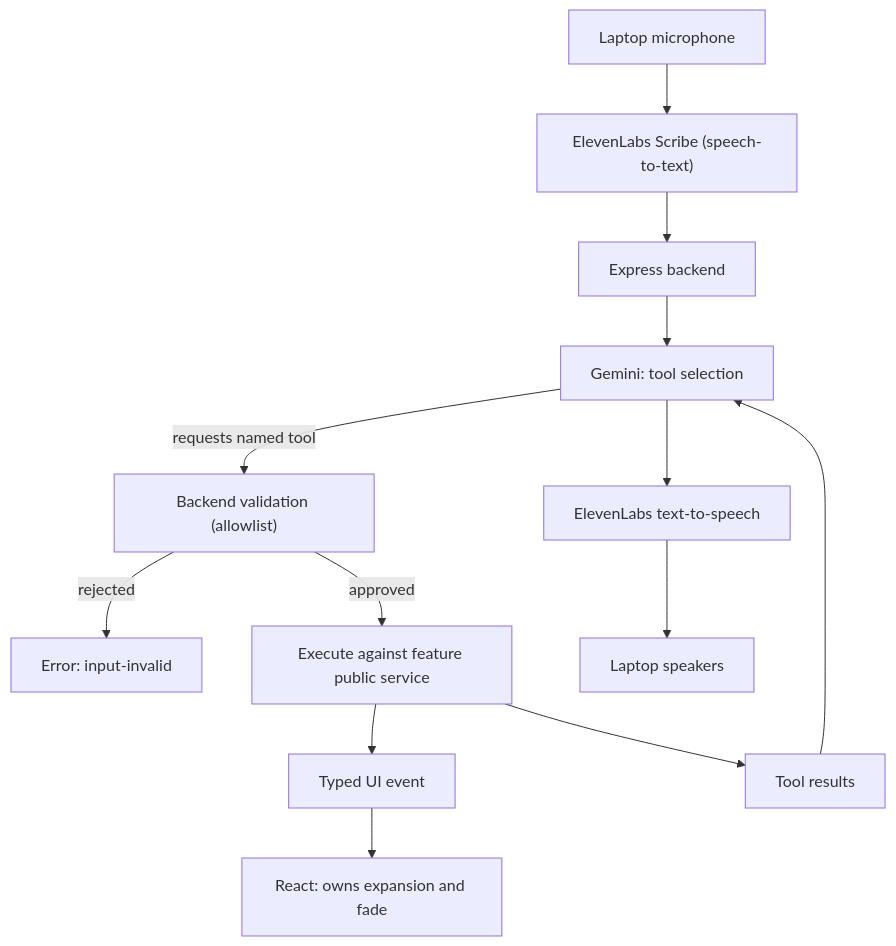
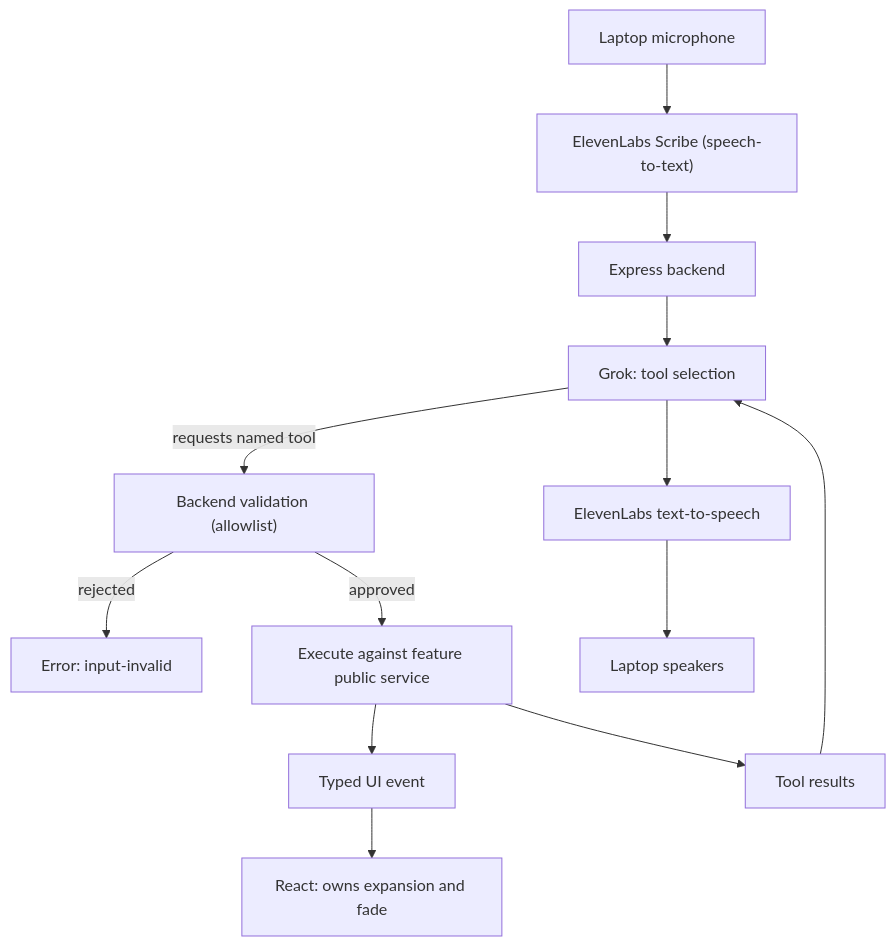
The first of 2 diagrams in docs/architecture.md (1milktea1/GetReadyWithMirror), drawn with Mermaid before and after one commit. The commit also changed other lines of this file and 30 other files, not shown here.

First line of the commit message:
Add a Grok assistant that validates tool calls before it speaks.

````diff
--- a/docs/architecture.md
+++ b/docs/architecture.md
@@ -10,15 +10,15 @@
 ```mermaid
 flowchart TD
     mic["Laptop microphone"] --> stt["ElevenLabs Scribe (speech-to-text)"]
     stt --> express["Express backend"]
-    express --> gemini["Gemini: tool selection"]
-    gemini -->|"requests named tool"| validate["Backend validation (allowlist)"]
+    express --> grok["Grok: tool selection"]
+    grok -->|"requests named tool"| validate["Backend validation (allowlist)"]
     validate -->|"rejected"| reject["Error: input-invalid"]
     validate -->|"approved"| execute["Execute against feature public service"]
     execute --> uiEvent["Typed UI event"]
     execute --> results["Tool results"]
     uiEvent --> react["React: owns expansion and fade"]
-    results --> gemini
-    gemini --> tts["ElevenLabs text-to-speech"]
+    results --> grok
+    grok --> tts["ElevenLabs text-to-speech"]
     tts --> speakers["Laptop speakers"]
 ```
````
